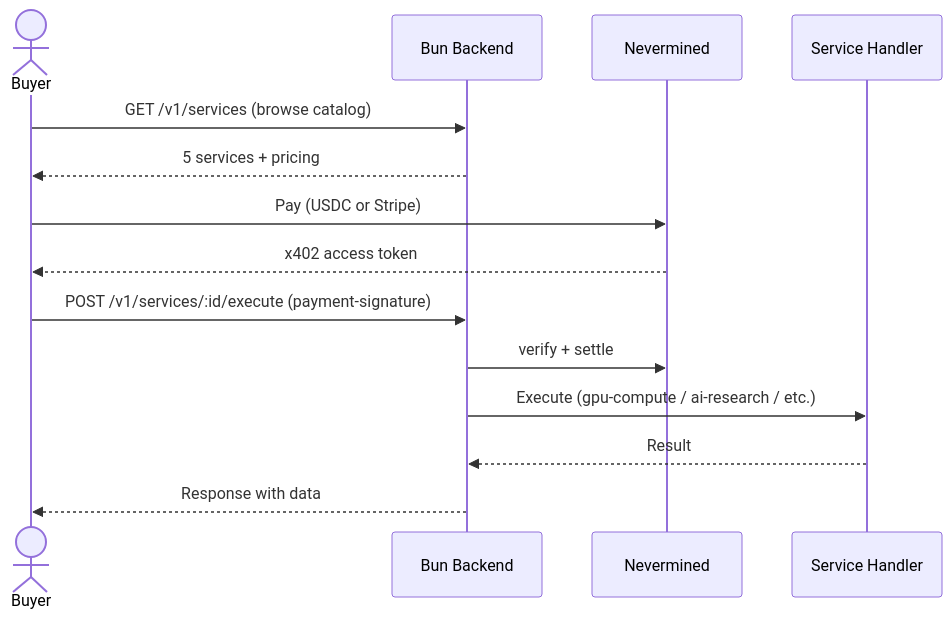
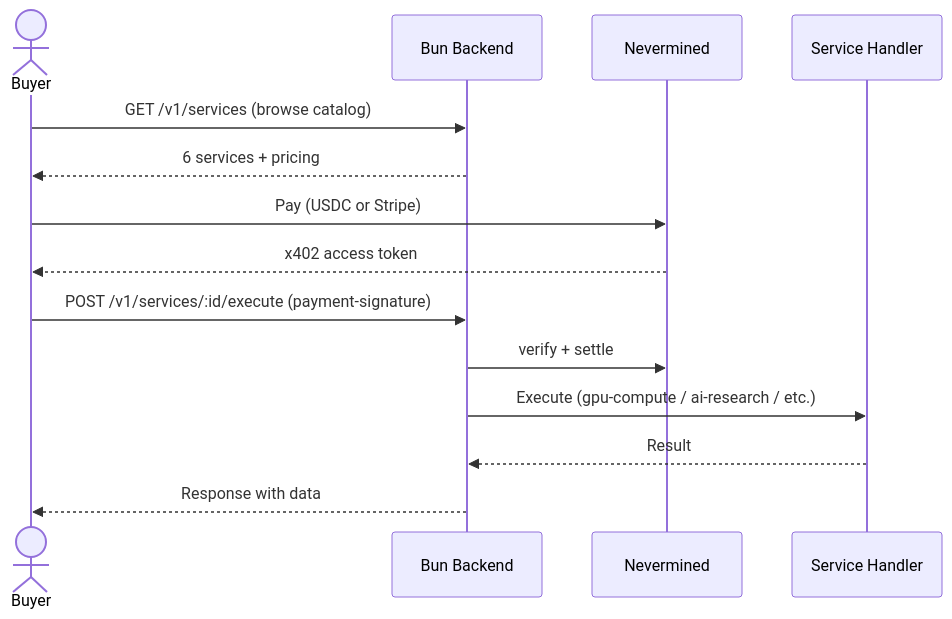
The fourth of 4 diagrams in README.md (shlawgathon/CloudAGI), drawn with Mermaid before and after one commit. The commit also changed other lines of this file and 14 other files, not shown here.

````diff
--- a/README.md
+++ b/README.md
@@ -199,19 +200,19 @@
 ```mermaid
 sequenceDiagram
     actor Buyer
     participant API as Bun Backend
     participant NVM as Nevermined
     participant Handler as Service Handler
 
     Buyer->>API: GET /v1/services (browse catalog)
-    API-->>Buyer: 5 services + pricing
+    API-->>Buyer: 6 services + pricing
 
     Buyer->>NVM: Pay (USDC or Stripe)
     NVM-->>Buyer: x402 access token
 
     Buyer->>API: POST /v1/services/:id/execute (payment-signature)
     API->>NVM: verify + settle
     API->>Handler: Execute (gpu-compute / ai-research / etc.)
     Handler-->>API: Result
     API-->>Buyer: Response with data
 ```
````
